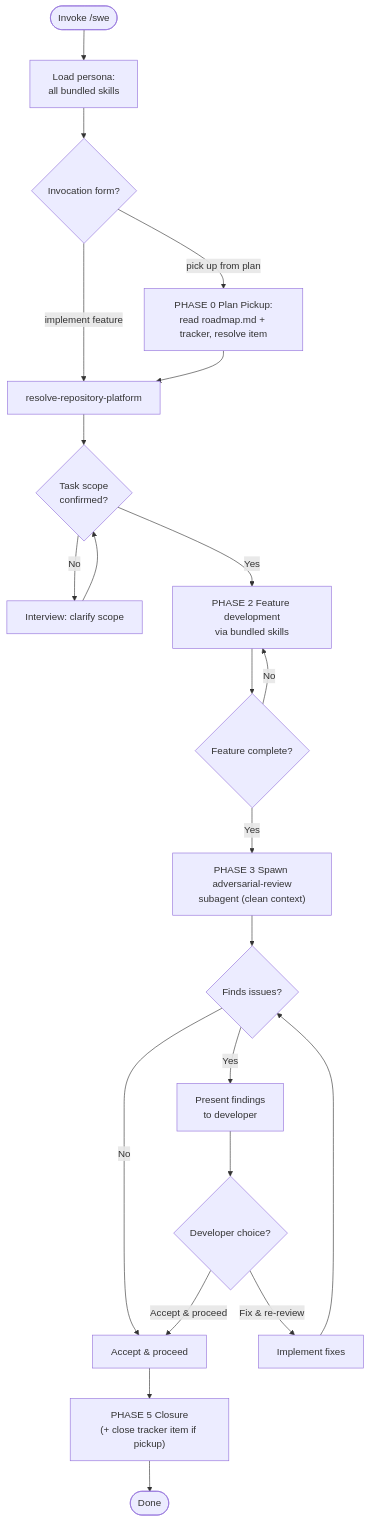
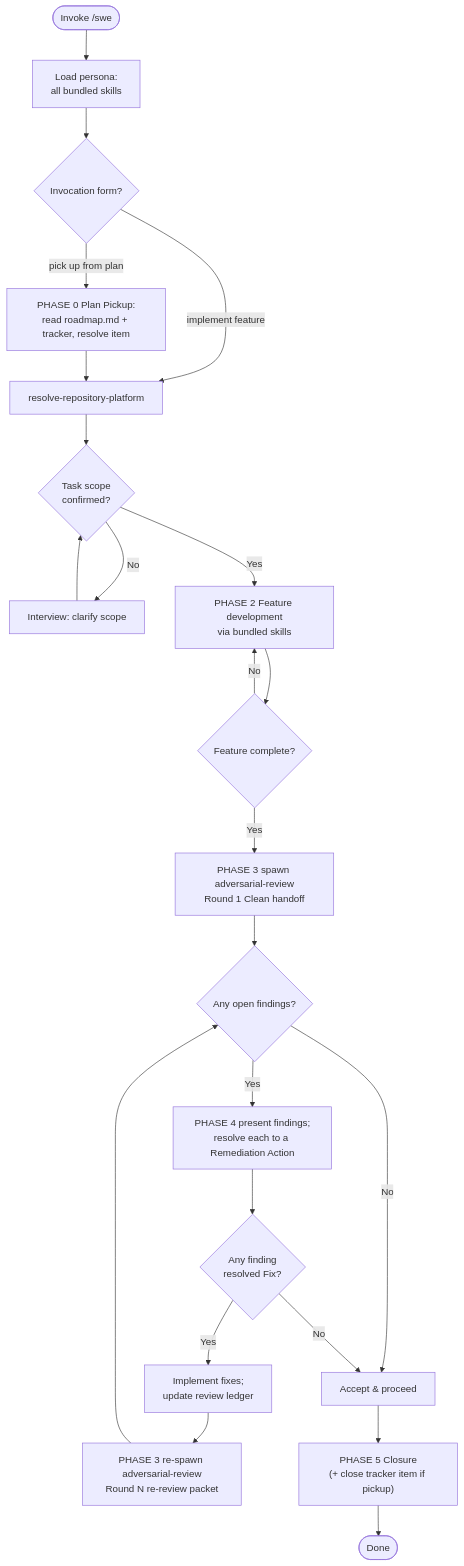
One commit to MegaByteMark/skills-to-pay-the-ai-bills changed the diagram in skills/swe/SKILL.md. Above: the diagram before and after it, drawn with Mermaid. The commit also changed other lines of this file and 4 other files, not shown here.

First line of the commit message:
feat(review): formalise re-review rounds with a prior-findings ledger

````diff
--- a/skills/swe/SKILL.md
+++ b/skills/swe/SKILL.md
@@ -27,24 +27,25 @@
 ```mermaid
 flowchart TD
     START(["Invoke /swe <context>"]) --> LOAD["Load persona:<br>all bundled skills"]
     LOAD --> INVO{Invocation form?}
     INVO -->|implement feature| PLATFORM["resolve-repository-platform"]
     INVO -->|pick up from plan| PICKUP["PHASE 0 Plan Pickup:<br>read roadmap.md + tracker, resolve item"]
     PICKUP --> PLATFORM
     PLATFORM --> TASK{Task scope<br>confirmed?}
     TASK -->|No| CLARIFY["Interview: clarify scope"]
     CLARIFY --> TASK
     TASK -->|Yes| DEVELOP["PHASE 2 Feature development<br>via bundled skills"]
     DEVELOP --> COMPLETE{Feature complete?}
     COMPLETE -->|No| DEVELOP
-    COMPLETE -->|Yes| SPAWN_REVIEW["PHASE 3 Spawn adversarial-review<br>subagent (clean context)"]
-    SPAWN_REVIEW --> FINDINGS{Finds issues?}
-    FINDINGS -->|No| ACCEPT["Accept & proceed"]
-    FINDINGS -->|Yes| PRESENT["Present findings<br>to developer"]
-    PRESENT --> DECIDE{Developer choice?}
-    DECIDE -->|Fix & re-review| FIX["Implement fixes"]
-    FIX --> FINDINGS
-    DECIDE -->|Accept & proceed| ACCEPT
+    COMPLETE -->|Yes| SPAWN_REVIEW["PHASE 3 spawn adversarial-review<br>Round 1 Clean handoff"]
+    SPAWN_REVIEW --> OPEN{Any open findings?}
+    OPEN -->|No| ACCEPT["Accept & proceed"]
+    OPEN -->|Yes| PRESENT["PHASE 4 present findings;<br>resolve each to a Remediation Action"]
+    PRESENT --> DECIDE{Any finding<br>resolved Fix?}
+    DECIDE -->|Yes| FIX["Implement fixes;<br>update review ledger"]
+    FIX --> RE_REVIEW["PHASE 3 re-spawn adversarial-review<br>Round N re-review packet"]
+    RE_REVIEW --> OPEN
+    DECIDE -->|No| ACCEPT
     ACCEPT --> CLOSE["PHASE 5 Closure<br>(+ close tracker item if pickup)"]
     CLOSE --> DONE(["Done"])
 ```
````
